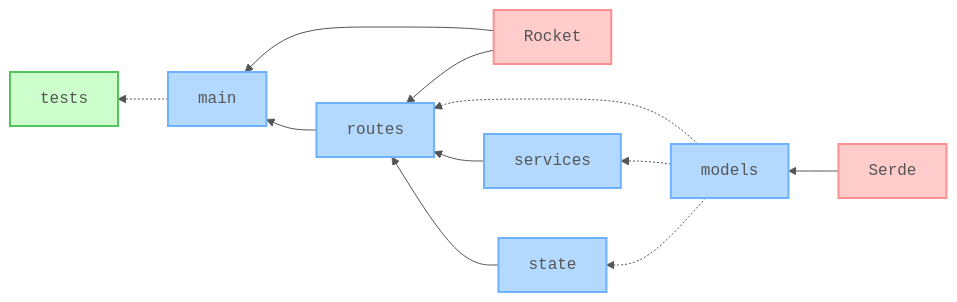
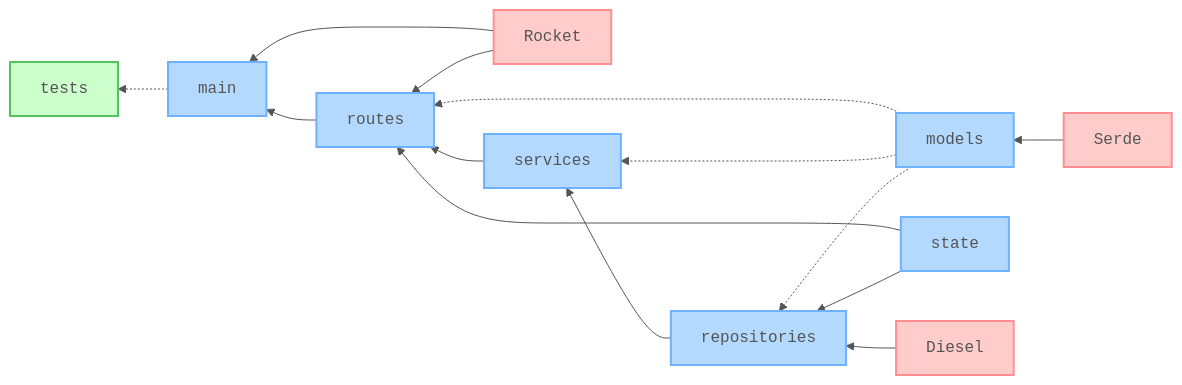
The diagram in README.md (nanotaboada/rust-samples-rocket-restful), drawn with Mermaid before and after one commit. The commit also changed other lines of this file and 24 other files, not shown here.

````diff
--- a/README.md
+++ b/README.md
@@ -37,56 +37,63 @@
 ```mermaid
 %%{init: {
   "theme": "default",
   "themeVariables": {
     "fontFamily": "Fira Code, Consolas, monospace",
     "textColor": "#555",
     "lineColor": "#555",
     "lineWidth": 2,
     "clusterBkg": "#f5f5f5",
     "clusterBorder": "#999"
   }
 }}%%
 
 graph RL
 
     tests[tests]
 
     main[main]
     Rocket[Rocket]
 
     routes[routes]
 
     services[services]
 
+    repositories[repositories]
+
     models[models]
     state[state]
     Serde[Serde]
+    Diesel[Diesel]
 
     %% Dependencies
 
     routes --> main
     Rocket --> main
 
     Rocket --> routes
     services --> routes
     state --> routes
 
+    repositories --> services
+    state --> repositories
+    Diesel --> repositories
+
     Serde --> models
 
     %% Soft dependencies
 
     models -.-> routes
     models -.-> services
-    models -.-> state
+    models -.-> repositories
 
     main -.-> tests
 
     %% Styling
     classDef core fill:#b3d9ff,stroke:#6db1ff,stroke-width:2px,color:#555,font-family:monospace;
     classDef deps fill:#ffcccc,stroke:#ff8f8f,stroke-width:2px,color:#555,font-family:monospace;
     classDef test fill:#ccffcc,stroke:#53c45e,stroke-width:2px,color:#555,font-family:monospace;
 
-    class main,routes,services,state,models core
-    class Rocket,Serde deps
+    class main,routes,services,repositories,state,models core
+    class Rocket,Serde,Diesel deps
     class tests test
 ```
````
